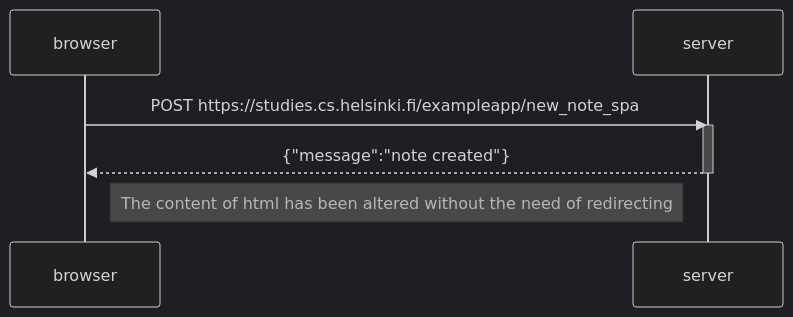
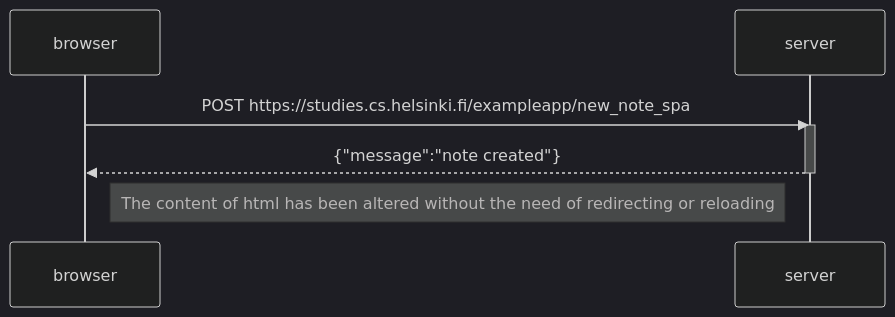
Before and after one commit to tyj916/fullstackopen: the diagram in part0/exercise_0.6.md, drawn with Mermaid (dark theme).

Commit message:
Update comment

````diff
--- a/part0/exercise_0.6.md
+++ b/part0/exercise_0.6.md
@@ -3,12 +3,12 @@
 ```mermaid
 sequenceDiagram
   participant browser
   participant server
 
   browser->>server: POST https://studies.cs.helsinki.fi/exampleapp/new_note_spa
   activate server
   server-->>browser: {"message":"note created"}
   deactivate server
 
-  Note right of browser: The content of html has been altered without the need of redirecting
+  Note right of browser: The content of html has been altered without the need of redirecting or reloading
 ```
````
